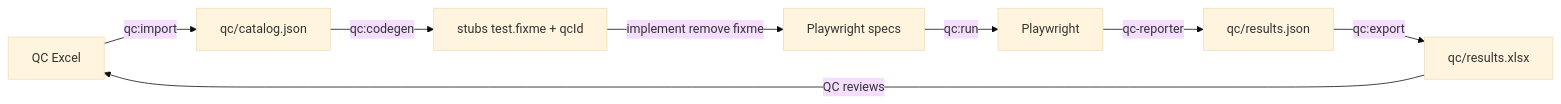
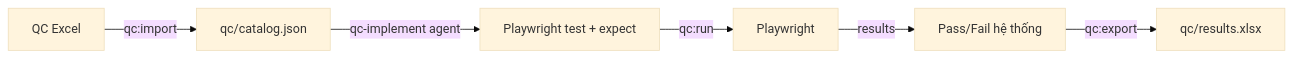
Before and after one commit to liemch/project-quality-kit: the diagram in docs/qc-excel-bridge.md, drawn with Mermaid (base theme). The commit also changed other lines of this file and 14 other files, not shown here.

First line of the commit message:
feat(qc): add /quality-qc-implement as primary path from Excel TC to system Pass/Fail

````diff
--- a/docs/qc-excel-bridge.md
+++ b/docs/qc-excel-bridge.md
@@ -23,10 +36,8 @@
 ```mermaid
 flowchart LR
   QC[QC Excel] -->|qc:import| CAT[qc/catalog.json]
-  CAT -->|qc:codegen| STUB["stubs test.fixme + qcId"]
-  STUB -->|implement remove fixme| SPEC[Playwright specs]
+  CAT -->|qc-implement agent| SPEC[Playwright test + expect]
   SPEC -->|qc:run| PW[Playwright]
-  PW -->|qc-reporter| RES[qc/results.json]
+  PW -->|results| RES[Pass/Fail hệ thống]
   RES -->|qc:export| OUT[qc/results.xlsx]
-  OUT -->|QC reviews| QC
 ```
````
